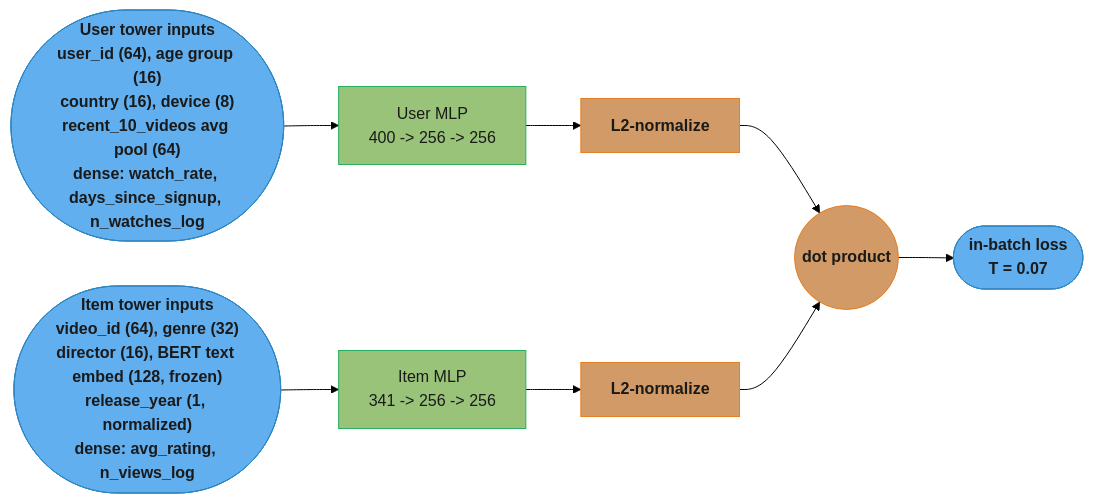
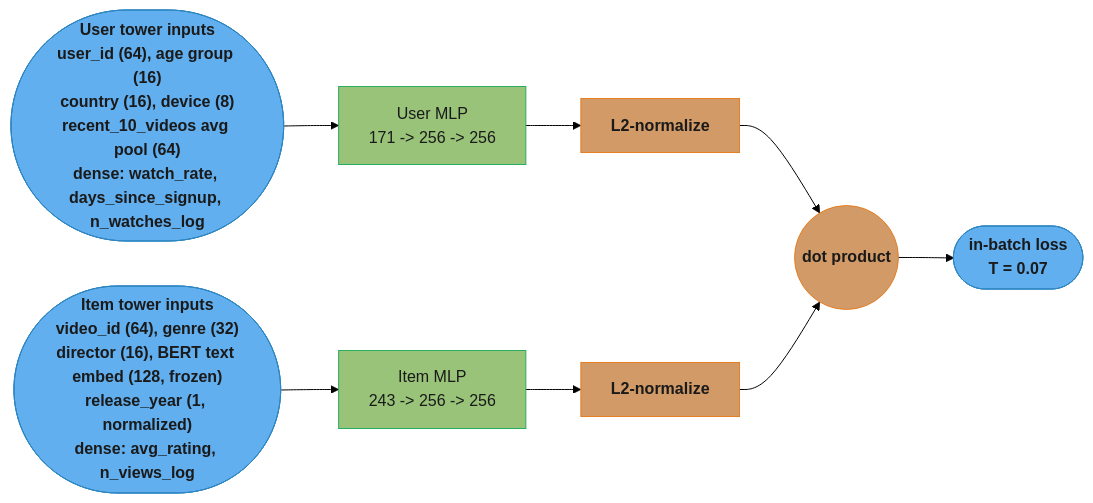
The fifth of 5 diagrams in src/main/java/com/rutik/systemdesign/ml/recommender_systems/deep_learning_recommenders.md (rppol/system-design), drawn with Mermaid (forest theme) before and after one commit. The commit also changed other lines of this file and 5 other files, not shown here.

````diff
--- a/src/main/java/com/rutik/systemdesign/ml/recommender_systems/deep_learning_recommenders.md
+++ b/src/main/java/com/rutik/systemdesign/ml/recommender_systems/deep_learning_recommenders.md
@@ -891,23 +892,23 @@
 ```mermaid
 %%{init: {'flowchart': {'curve': 'basis', 'nodeSpacing': 45, 'rankSpacing': 55}}}%%
 flowchart LR
     classDef io      fill:#61afef,stroke:#2e86c1,color:#1a1a1a,font-weight:bold
     classDef frozen  fill:#c678dd,stroke:#9b59b6,color:#fff
     classDef train   fill:#98c379,stroke:#27ae60,color:#1a1a1a
     classDef mathOp  fill:#d19a66,stroke:#e67e22,color:#1a1a1a,font-weight:bold
     classDef lossN   fill:#e06c75,stroke:#c0392b,color:#fff,font-weight:bold
     classDef req     fill:#56b6c2,stroke:#0097a7,color:#1a1a1a
     classDef base    fill:#e5c07b,stroke:#f39c12,color:#1a1a1a
 
-    uf(["User tower inputs<br/>user_id (64), age group (16)<br/>country (16), device (8)<br/>recent_10_videos avg pool (64)<br/>dense: watch_rate, days_since_signup, n_watches_log"]) --> umlp["User MLP<br/>400 -> 256 -> 256"]
+    uf(["User tower inputs<br/>user_id (64), age group (16)<br/>country (16), device (8)<br/>recent_10_videos avg pool (64)<br/>dense: watch_rate, days_since_signup, n_watches_log"]) --> umlp["User MLP<br/>171 -> 256 -> 256"]
     umlp --> un["L2-normalize"]
-    itf(["Item tower inputs<br/>video_id (64), genre (32)<br/>director (16), BERT text embed (128, frozen)<br/>release_year (1, normalized)<br/>dense: avg_rating, n_views_log"]) --> imlp["Item MLP<br/>341 -> 256 -> 256"]
+    itf(["Item tower inputs<br/>video_id (64), genre (32)<br/>director (16), BERT text embed (128, frozen)<br/>release_year (1, normalized)<br/>dense: avg_rating, n_views_log"]) --> imlp["Item MLP<br/>243 -> 256 -> 256"]
     imlp --> inz["L2-normalize"]
     un --> dot(("dot product"))
     inz --> dot
     dot --> loss(["in-batch loss<br/>T = 0.07"])
 
     class uf,itf,loss io
     class umlp,imlp train
     class un,inz,dot mathOp
 ```
````
